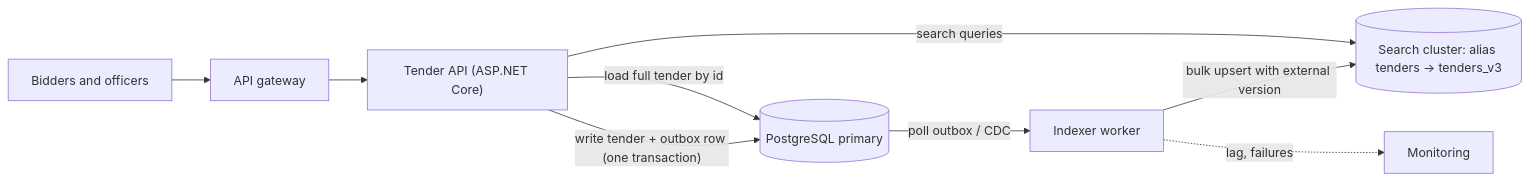
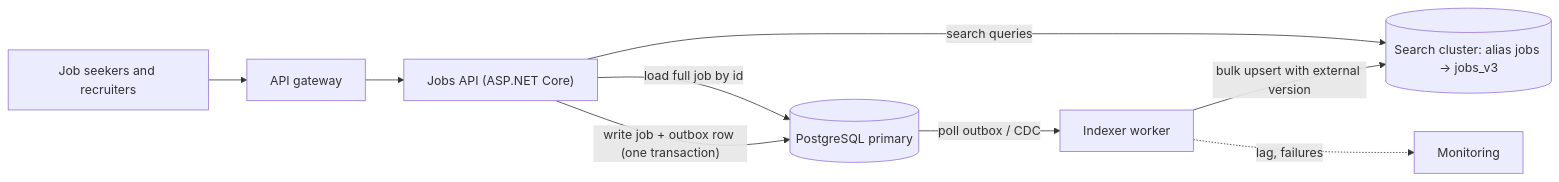
Before and after one commit to rizwi0786/system-design-lab: the first of 3 diagrams in content/lessons/m16/m16-search-architecture.md, drawn with Mermaid. The commit also changed other lines of this file and 334 other files, not shown here.

````diff
--- a/content/lessons/m16/m16-search-architecture.md
+++ b/content/lessons/m16/m16-search-architecture.md
@@ -237,11 +241,11 @@
 ```mermaid
 flowchart LR
-    U["Bidders and officers"] --> GW["API gateway"]
-    GW --> API["Tender API (ASP.NET Core)"]
-    API -->|"write tender + outbox row (one transaction)"| PG[("PostgreSQL primary")]
+    U["Job seekers and recruiters"] --> GW["API gateway"]
+    GW --> API["Jobs API (ASP.NET Core)"]
+    API -->|"write job + outbox row (one transaction)"| PG[("PostgreSQL primary")]
     PG -->|"poll outbox / CDC"| IDX["Indexer worker"]
-    IDX -->|"bulk upsert with external version"| OS[("Search cluster: alias tenders -> tenders_v3")]
+    IDX -->|"bulk upsert with external version"| OS[("Search cluster: alias jobs -> jobs_v3")]
     API -->|"search queries"| OS
-    API -->|"load full tender by id"| PG
+    API -->|"load full job by id"| PG
     IDX -.->|"lag, failures"| MON["Monitoring"]
 ```
````
